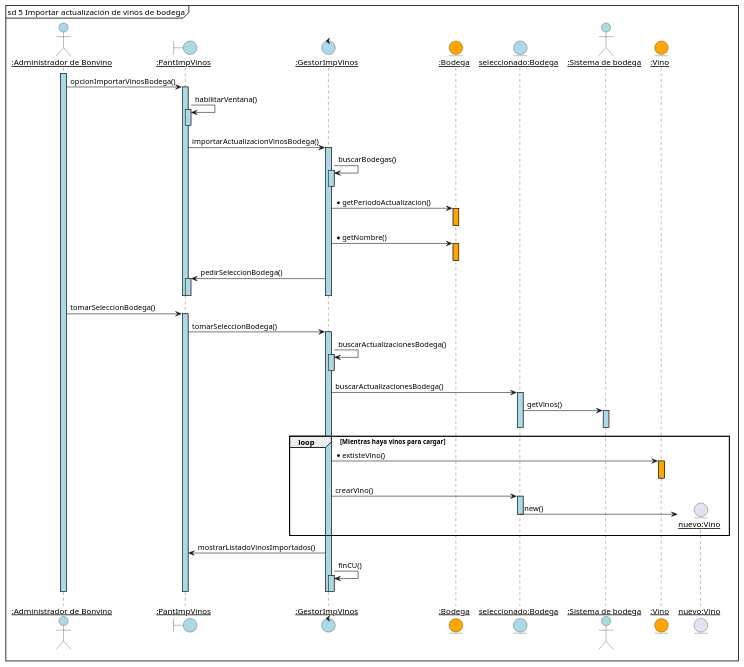
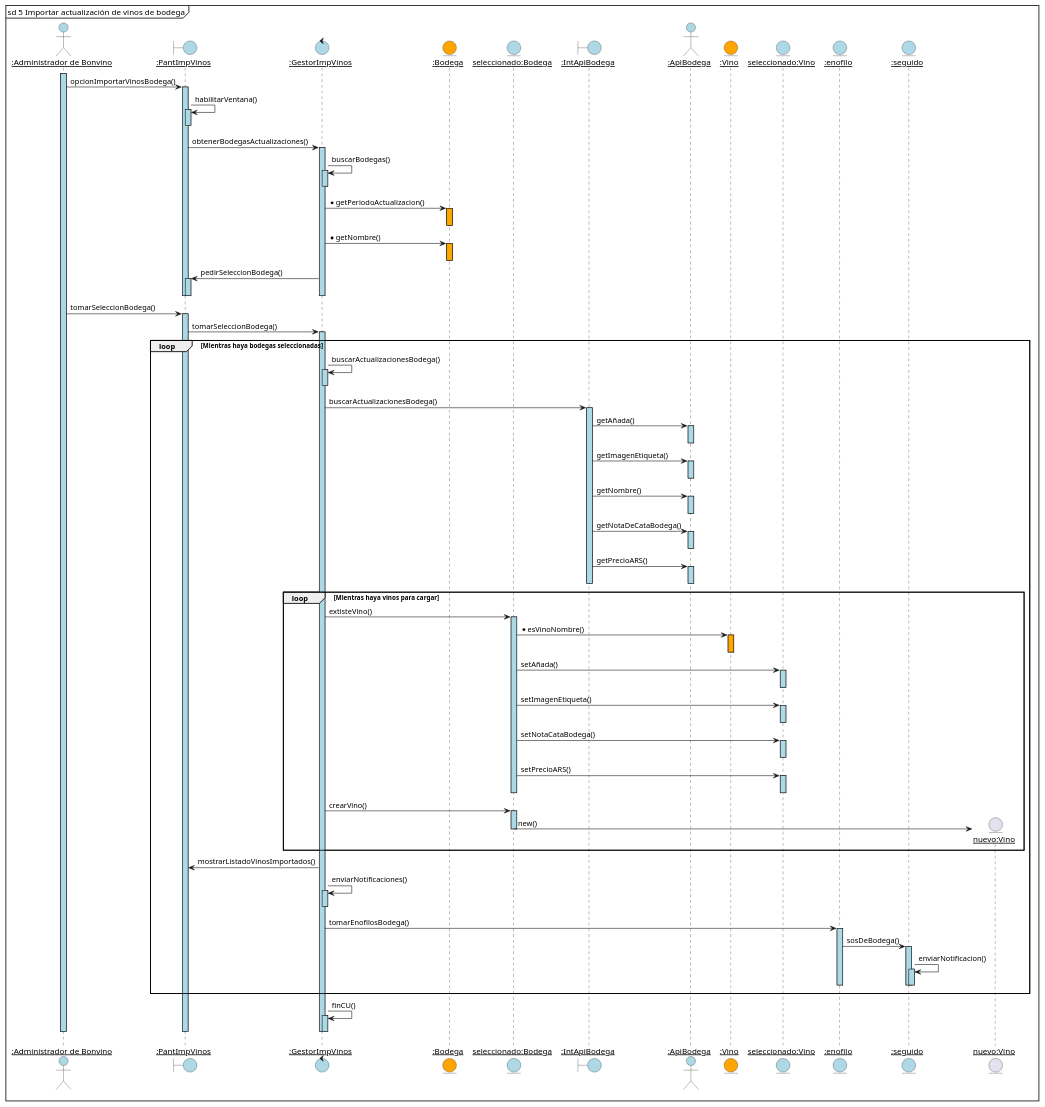
Before and after one commit to JuanjoCasas/PPAI: the diagram in modelo de analisis/diagramaSecuencias.puml, drawn with PlantUML. The commit also changed 1 other file, not shown here.

Commit message:
corrige boundary api y agrega notificaciones

```diff
--- a/modelo de analisis/diagramaSecuencias.puml
+++ b/modelo de analisis/diagramaSecuencias.puml
@@ -1,65 +1,99 @@
 @startuml principal
 skinparam sequenceParticipant underline
 mainframe sd 5 Importar actualización de vinos de bodega
     actor ":Administrador de Bonvino" as AB #LightBlue
     boundary ":PantImpVinos" as pantalla #LightBlue
     control ":GestorImpVinos" as controlador #LightBlue
     entity ":Bodega" as bodegas #Orange
     entity "seleccionado:Bodega" as bodega #LightBlue
-    actor ":Sistema de bodega" as api #LightBlue
+    boundary ":IntApiBodega" as interfaz #LightBlue
+    actor ":ApiBodega" as api #LightBlue
     entity ":Vino" as vinos #Orange
+    entity "seleccionado:Vino" as vino #LightBlue
+    entity ":enofilo" as enofilo #LightBlue
+    entity ":seguido" as seguido #LightBlue
 
     activate AB #LightBlue
 
         AB -> pantalla ++ #LightBlue :  opcionImportarVinosBodega()
 
             pantalla -> pantalla ++ #LightBlue : habilitarVentana()
 
             deactivate pantalla 
 
-            pantalla -> controlador ++ #LightBlue : importarActualizacionVinosBodega()
+            pantalla -> controlador ++ #LightBlue : obtenerBodegasActualizaciones()
 
 
                 controlador -> controlador ++ #LightBlue : buscarBodegas()
 
                 deactivate controlador
 
                 controlador -> bodegas ++ #Orange : *getPeriodoActualizacion()
                 deactivate bodegas
                 controlador -> bodegas ++ #Orange : *getNombre()
                 deactivate bodegas
 
                 controlador -> pantalla ++ #LightBlue : pedirSeleccionBodega()
                 deactivate pantalla
             deactivate controlador
         deactivate pantalla
     
+        
         AB -> pantalla ++ #LightBlue : tomarSeleccionBodega()
             pantalla -> controlador ++ #LightBlue : tomarSeleccionBodega()
+            loop Mientras haya bodegas seleccionadas    
                 controlador -> controlador ++ #LightBlue : buscarActualizacionesBodega()
                 deactivate controlador
 
-                controlador -> bodega ++ #LightBlue : buscarActualizacionesBodega()
-                    bodega -> api ++ #LightBlue : getVinos()
-                    deactivate api
-                deactivate bodega
+                controlador -> interfaz ++ #LightBlue : buscarActualizacionesBodega()
+
+                    interfaz -> api ++ #LightBlue : getAñada()
+                        deactivate api
+                        interfaz -> api ++ #LightBlue : getImagenEtiqueta()
+                        deactivate api
+                        interfaz -> api ++ #LightBlue : getNombre()
+                        deactivate api
+                        interfaz -> api ++ #LightBlue : getNotaDeCataBodega()
+                        deactivate api
+                        interfaz -> api ++ #LightBlue : getPrecioARS()
+                        deactivate api
+                    deactivate interfaz
+                
 
                 loop Mientras haya vinos para cargar
-                    controlador -> vinos ++ #Orange : * extisteVino()
-                    deactivate vinos
+                    controlador -> bodega ++ #LightBlue : extisteVino()       
+                        bodega -> vinos ++ #Orange : * esVinoNombre()
+                        deactivate vinos
+                        bodega -> vino ++ #LightBlue : setAñada()
+                        deactivate vino
+                        bodega -> vino ++ #LightBlue : setImagenEtiqueta()
+                        deactivate vino
+                        bodega -> vino ++ #LightBlue : setNotaCataBodega()
+                        deactivate vino
+                        bodega -> vino ++ #LightBlue : setPrecioARS()
+                        deactivate vino
+                    deactivate bodega
 
                     controlador -> bodega ++ #LightBlue : crearVino()
                         entity "nuevo:Vino" as nvino
                         bodega -> nvino ** : new()
                         
                     deactivate bodega
                 end
 
                 controlador -> pantalla : mostrarListadoVinosImportados()
-
+                controlador -> controlador ++ #LightBlue : enviarNotificaciones()
+                deactivate controlador
+                controlador -> enofilo ++ #LightBlue : tomarEnofilosBodega()
+                    enofilo -> seguido ++ #LightBlue : sosDeBodega()
+                        seguido -> seguido ++ #LightBlue : enviarNotificacion()
+                        deactivate seguido
+                    deactivate seguido
+                deactivate enofilo
+            end
                 controlador -> controlador ++ #LightBlue : finCU()
                 deactivate controlador                
             deactivate controlador
         deactivate pantalla
     deactivate AB
 @enduml
```
